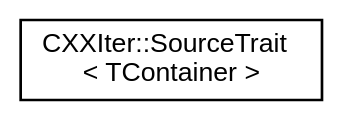
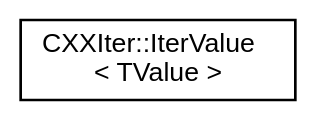
Before and after one commit to seijikun/CXXIter: the diagram in inherit_graph_20.dot, drawn with Graphviz. The commit also changed 94 other files, not shown here.

```diff
--- a/inherit_graph_20.dot
+++ b/inherit_graph_20.dot
@@ -1,10 +1,10 @@
 digraph "Graphical Class Hierarchy"
 {
  // INTERACTIVE_SVG=YES
  // LATEX_PDF_SIZE
   bgcolor="transparent";
   edge [fontname="Helvetica",fontsize="10",labelfontname="Helvetica",labelfontsize="10"];
   node [fontname="Helvetica",fontsize="10",shape=record];
   rankdir="LR";
-  Node0 [label="CXXIter::SourceTrait\l\< TContainer \>",height=0.2,width=0.4,color="black",URL="$structCXXIter_1_1SourceTrait.html",tooltip="SourceTrait, that is used by CXXIter's standard source classes CXXIter::SrcMov, CXXIter::SrcRef and C..."];
+  Node0 [label="CXXIter::IterValue\l\< TValue \>",height=0.2,width=0.4,color="black",URL="$classCXXIter_1_1IterValue.html",tooltip="Container that is used to pass elements throught CXXIter iterator pipelines."];
 }
```
